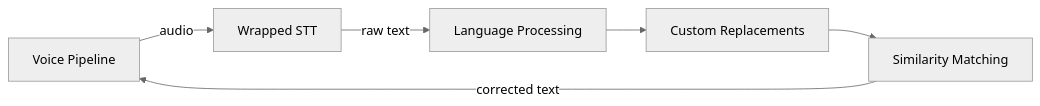
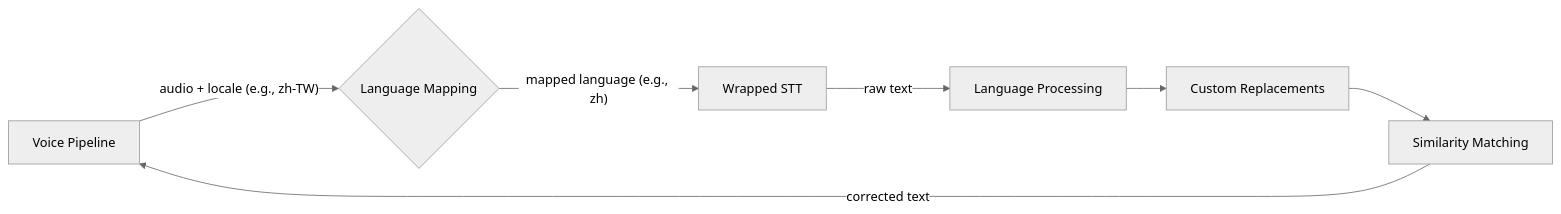
Before and after one commit to hass-cortex/stt-corrector: the first of 2 diagrams in docs/correction-pipeline.md, drawn with Mermaid (neutral theme). The commit also changed other lines of this file and 22 other files, not shown here.

First line of the commit message:
feat: add locale-to-STT language mapping and service parity

````diff
--- a/docs/correction-pipeline.md
+++ b/docs/correction-pipeline.md
@@ -9,8 +9,9 @@
 ```mermaid
 flowchart LR
-    A[Voice Pipeline] -->|audio| B[Wrapped STT]
-    B -->|raw text| S1[Language Processing]
+    A[Voice Pipeline] -->|"audio + locale (e.g., zh-TW)"| B{Language Mapping}
+    B -->|"mapped language (e.g., zh)"| C[Wrapped STT]
+    C -->|raw text| S1[Language Processing]
     S1 --> S2[Custom Replacements]
     S2 --> S3[Similarity Matching]
     S3 -->|corrected text| A
 ```
````
